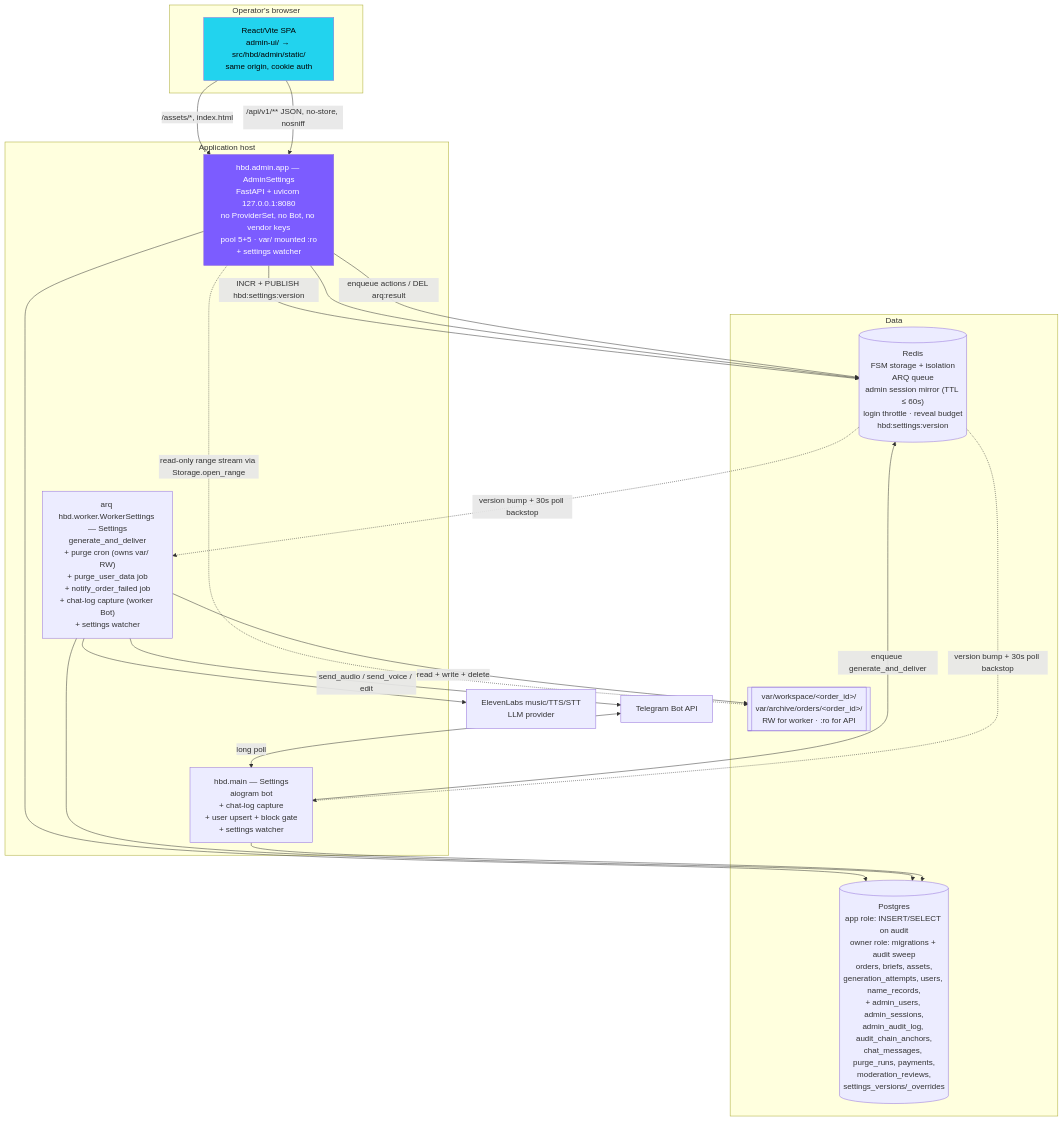
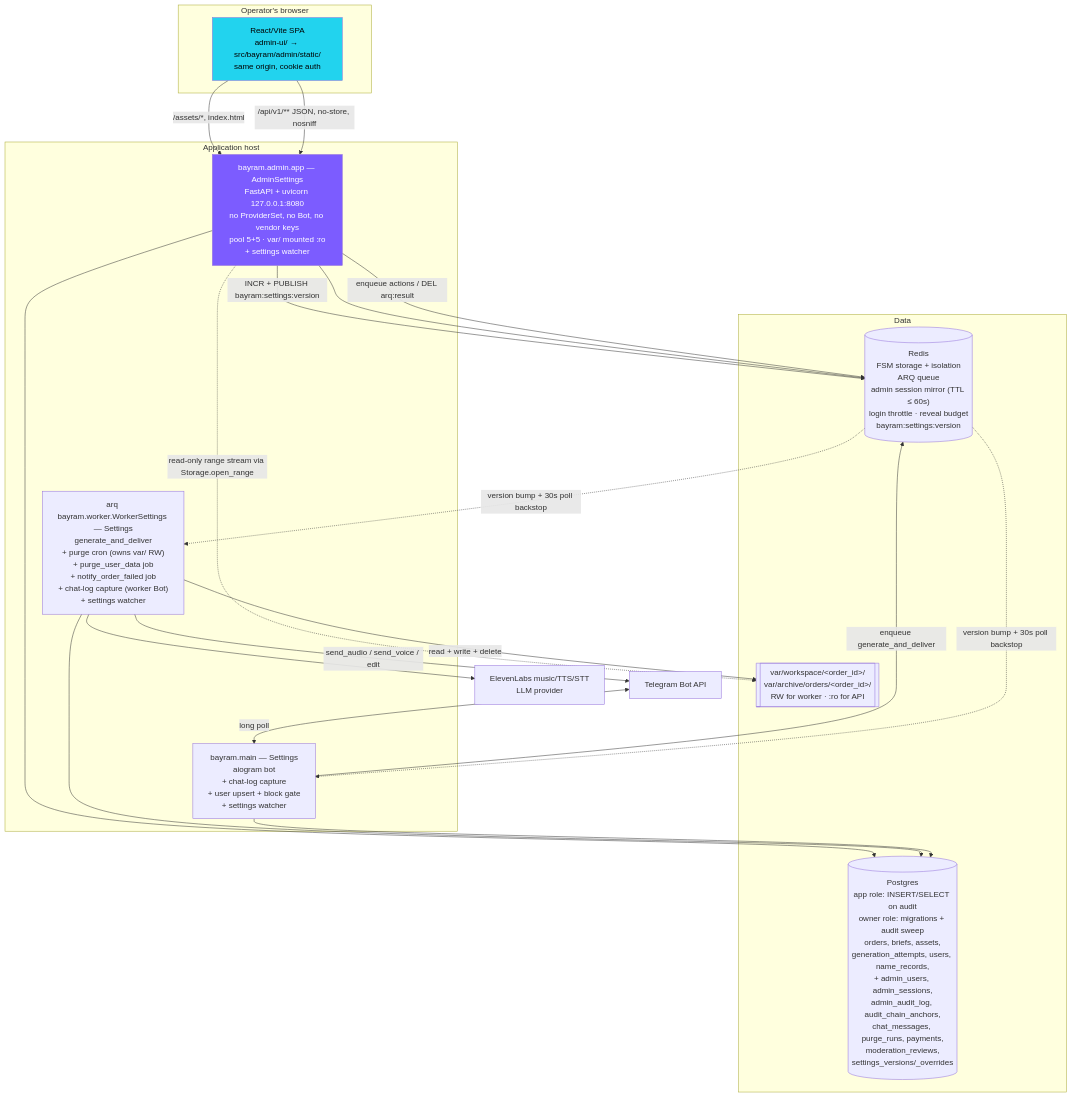
One commit to orihero/hbd-bot changed the first of 2 diagrams in docs/product/ADMIN_PANEL_PLAN.md. Above: the diagram before and after it, drawn with Mermaid. The commit also changed other lines of this file and 1156 other files, not shown here.

````diff
--- a/docs/product/ADMIN_PANEL_PLAN.md
+++ b/docs/product/ADMIN_PANEL_PLAN.md
@@ -130,41 +130,41 @@
 ```mermaid
 graph TB
     subgraph browser["Operator's browser"]
-        SPA["React/Vite SPA<br/>admin-ui/ → src/hbd/admin/static/<br/>same origin, cookie auth"]
+        SPA["React/Vite SPA<br/>admin-ui/ → src/bayram/admin/static/<br/>same origin, cookie auth"]
     end
 
     subgraph host["Application host"]
-        BOT["hbd.main — Settings<br/>aiogram bot<br/>+ chat-log capture<br/>+ user upsert + block gate<br/>+ settings watcher"]
-        WORKER["arq hbd.worker.WorkerSettings — Settings<br/>generate_and_deliver<br/>+ purge cron (owns var/ RW)<br/>+ purge_user_data job<br/>+ notify_order_failed job<br/>+ chat-log capture (worker Bot)<br/>+ settings watcher"]
-        API["hbd.admin.app — AdminSettings<br/>FastAPI + uvicorn 127.0.0.1:8080<br/>no ProviderSet, no Bot, no vendor keys<br/>pool 5+5 · var/ mounted :ro<br/>+ settings watcher"]
+        BOT["bayram.main — Settings<br/>aiogram bot<br/>+ chat-log capture<br/>+ user upsert + block gate<br/>+ settings watcher"]
+        WORKER["arq bayram.worker.WorkerSettings — Settings<br/>generate_and_deliver<br/>+ purge cron (owns var/ RW)<br/>+ purge_user_data job<br/>+ notify_order_failed job<br/>+ chat-log capture (worker Bot)<br/>+ settings watcher"]
+        API["bayram.admin.app — AdminSettings<br/>FastAPI + uvicorn 127.0.0.1:8080<br/>no ProviderSet, no Bot, no vendor keys<br/>pool 5+5 · var/ mounted :ro<br/>+ settings watcher"]
     end
 
     subgraph data["Data"]
         PG[("Postgres<br/>app role: INSERT/SELECT on audit<br/>owner role: migrations + audit sweep<br/>orders, briefs, assets,<br/>generation_attempts, users, name_records,<br/>+ admin_users, admin_sessions,<br/>admin_audit_log, audit_chain_anchors,<br/>chat_messages, purge_runs, payments,<br/>moderation_reviews,<br/>settings_versions/_overrides")]
-        REDIS[("Redis<br/>FSM storage + isolation<br/>ARQ queue<br/>admin session mirror (TTL ≤ 60s)<br/>login throttle · reveal budget<br/>hbd:settings:version")]
+        REDIS[("Redis<br/>FSM storage + isolation<br/>ARQ queue<br/>admin session mirror (TTL ≤ 60s)<br/>login throttle · reveal budget<br/>bayram:settings:version")]
         FS[["var/workspace/&lt;order_id&gt;/<br/>var/archive/orders/&lt;order_id&gt;/<br/>RW for worker · :ro for API"]]
     end
 
     TG["Telegram Bot API"]
     VENDOR["ElevenLabs music/TTS/STT<br/>LLM provider"]
 
     SPA -->|"/api/v1/** JSON, no-store, nosniff"| API
     SPA -->|"/assets/*, index.html"| API
     TG <-->|"long poll"| BOT
     WORKER -->|"send_audio / send_voice / edit"| TG
     WORKER --> VENDOR
     BOT -->|"enqueue generate_and_deliver"| REDIS
     API -->|"enqueue actions / DEL arq:result"| REDIS
     BOT --> PG
     WORKER --> PG
     WORKER -->|"read + write + delete"| FS
     API --> PG
     API --> REDIS
     API -.->|"read-only range stream via Storage.open_range"| FS
-    API -->|"INCR + PUBLISH hbd:settings:version"| REDIS
+    API -->|"INCR + PUBLISH bayram:settings:version"| REDIS
     REDIS -.->|"version bump + 30s poll backstop"| BOT
     REDIS -.->|"version bump + 30s poll backstop"| WORKER
 
     style API fill:#7C5CFF,color:#fff
     style SPA fill:#22D3EE,color:#000
 ```
````
